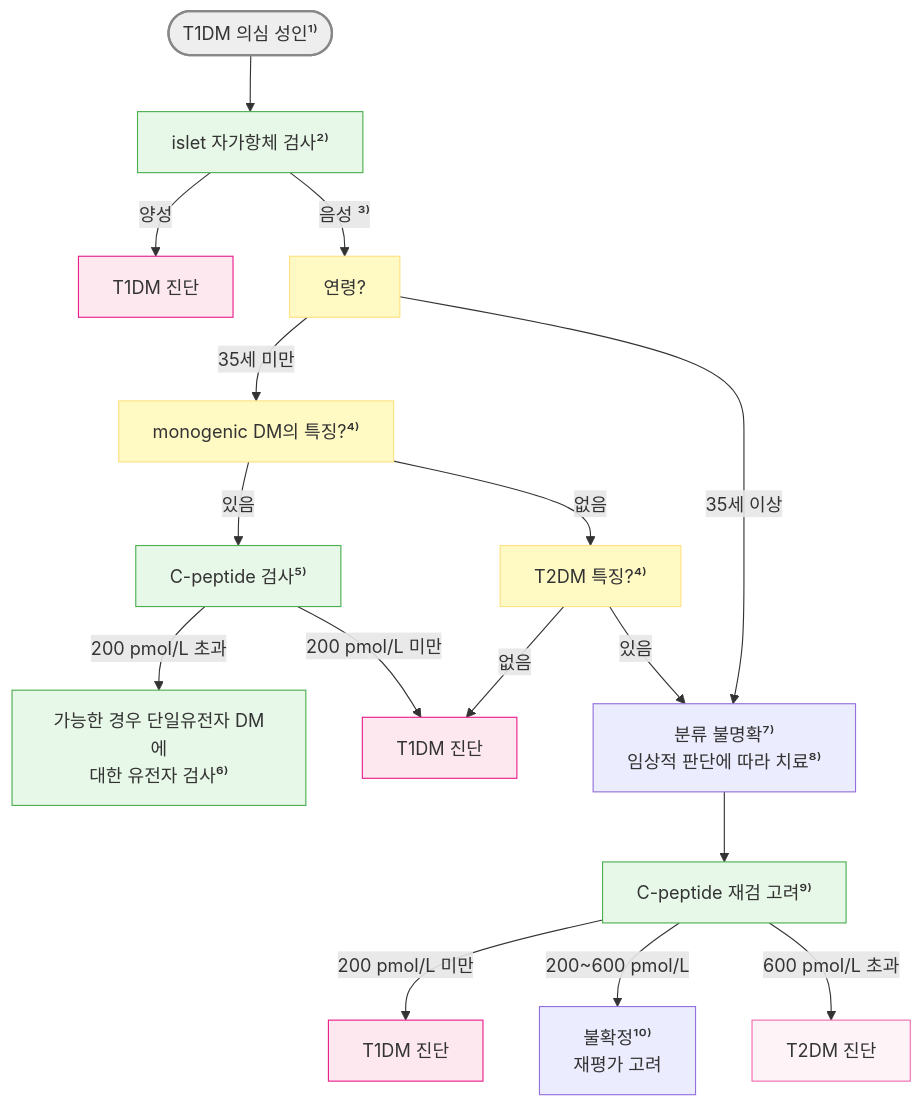
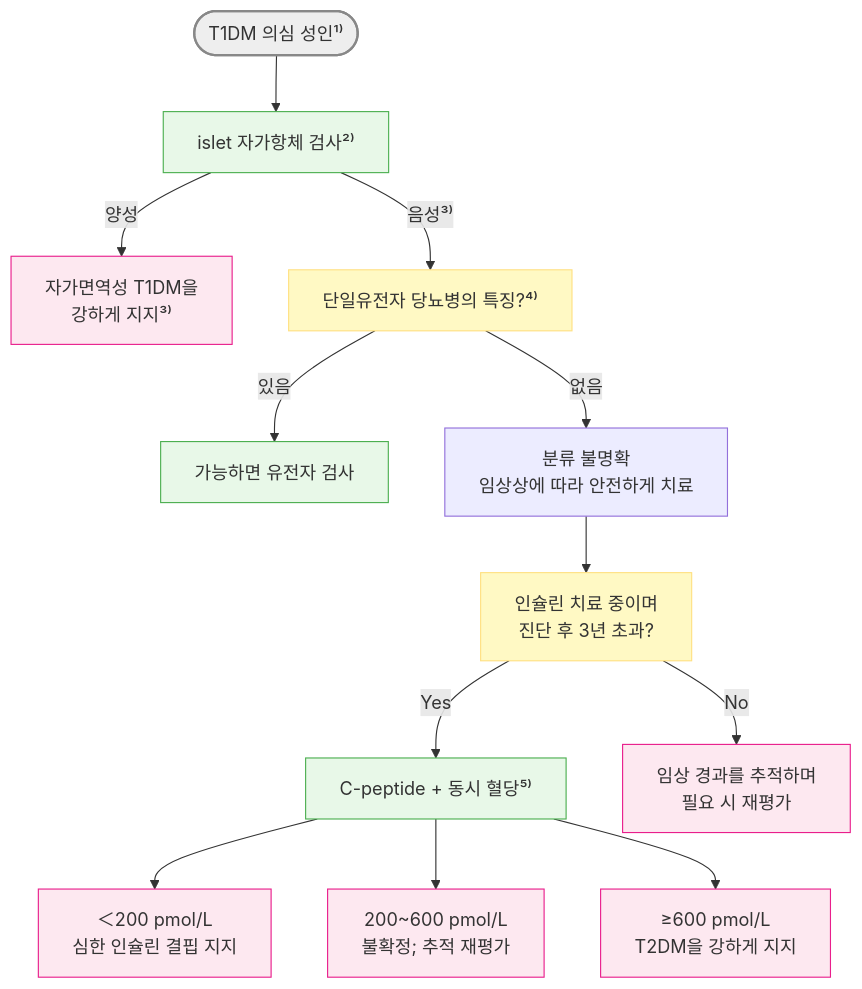
One commit to familyoh77/familyoh77 changed the first of 4 diagrams in 226_/100_-diabetes-mellitus.md. Above: the diagram before and after it, drawn with Mermaid. The commit also changed other lines of this file and 1 other file, not shown here.

````diff
--- a/226_/100_-diabetes-mellitus.md
+++ b/226_/100_-diabetes-mellitus.md
@@ -193,42 +192,35 @@
 ```mermaid
 graph TD
 Start([T1DM 의심 성인¹⁾])
 Islet[islet 자가항체 검사²⁾]
-T1DM_Diag1[T1DM 진단]
-Age[연령?]
-MonoCheck[monogenic DM의 특징?⁴⁾]
-Cpep1[C-peptide 검사⁵⁾]
-GeneTest[가능한 경우 단일유전자 DM에<br>대한 유전자 검사⁶⁾]
-T1DM_Diag2[T1DM 진단]
-T2DMCheck[T2DM 특징?⁴⁾]
-Unclear[분류 불명확⁷⁾<br>임상적 판단에 따라 치료⁸⁾]
-ReCpep1[C-peptide 재검 고려⁹⁾]
-T1DM_Diag3[T1DM 진단]
-Uncertain[불확정¹⁰⁾<br>재평가 고려]
-T2DM_Diag[T2DM 진단]
+T1Support[자가면역성 T1DM을<br>강하게 지지³⁾]
+MonoCheck[단일유전자 당뇨병의 특징?⁴⁾]
+GeneTest[가능하면 유전자 검사]
+Unclear[분류 불명확<br>임상상에 따라 안전하게 치료]
+InsulinCheck[인슐린 치료 중이며<br>진단 후 3년 초과?]
+Cpep[C-peptide + 동시 혈당⁵⁾]
+Low[＜200 pmol/L<br>심한 인슐린 결핍 지지]
+Mid[200~600 pmol/L<br>불확정; 추적 재평가]
+High[≥600 pmol/L<br>T2DM을 강하게 지지]
+Follow[임상 경과를 추적하며<br>필요 시 재평가]
 
 Start --> Islet
-Islet -->|양성| T1DM_Diag1
-Islet -->|음성 ³⁾| Age
-Age -->|35세 미만| MonoCheck
-Age -->|35세 이상| Unclear
-MonoCheck -->|있음| Cpep1
-MonoCheck -->|없음| T2DMCheck
-Cpep1 -->|200 pmol/L 초과| GeneTest
-Cpep1 -->|200 pmol/L 미만| T1DM_Diag2
-T2DMCheck -->|없음| T1DM_Diag2
-T2DMCheck -->|있음| Unclear
-Unclear --> ReCpep1
-ReCpep1 -->|200 pmol/L 미만| T1DM_Diag3
-ReCpep1 -->|200~600 pmol/L| Uncertain
-ReCpep1 -->|600 pmol/L 초과| T2DM_Diag
+Islet -->|양성| T1Support
+Islet -->|음성³⁾| MonoCheck
+MonoCheck -->|있음| GeneTest
+MonoCheck -->|없음| Unclear
+Unclear --> InsulinCheck
+InsulinCheck -->|Yes| Cpep
+InsulinCheck -->|No| Follow
+Cpep --> Low
+Cpep --> Mid
+Cpep --> High
 
 style Start fill:#eeeeee,stroke:#888888,stroke-width:2px
 classDef lightGreen fill:#e8f8e8,stroke:#4caf50
-class Islet,Cpep1,GeneTest,ReCpep1 lightGreen
+class Islet,GeneTest,Cpep lightGreen
 classDef yellow fill:#fff9c4,stroke:#ffe082
-class Age,MonoCheck,T2DMCheck yellow
+class MonoCheck,InsulinCheck yellow
 classDef pink fill:#fde8f0,stroke:#e91e8c
-class T1DM_Diag1,T1DM_Diag2,T1DM_Diag3,T2DM_Diag pink
-style T2DM_Diag fill:#fef4f8,stroke:#f06baf
+class T1Support,Low,Mid,High,Follow pink
 ```
````
